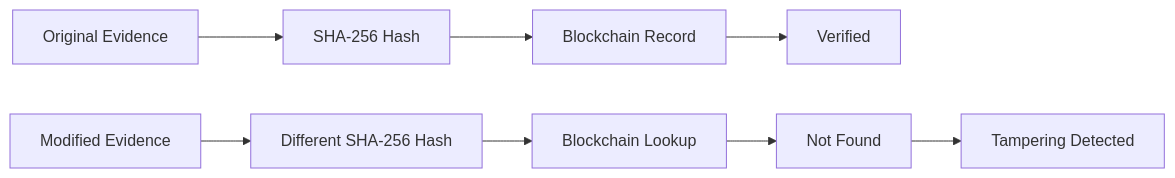
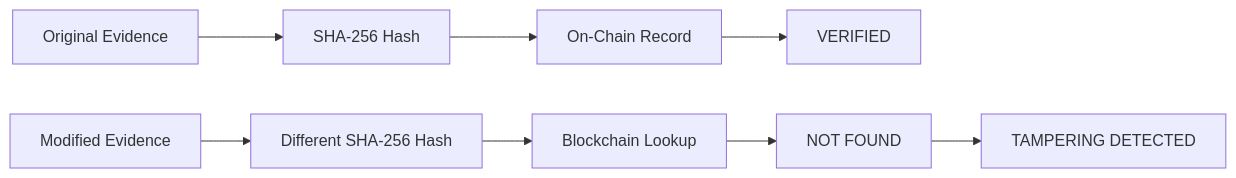
The third of 3 diagrams in README.md (mohdasif-v1/hh-goa2026-task-03), drawn with Mermaid before and after one commit. The commit also changed other lines of this file, not shown here.

Commit message:
docs: polish README architecture diagrams

````diff
--- a/README.md
+++ b/README.md
@@ -92,11 +131,11 @@
 ```mermaid
 flowchart LR
-    A[Original Evidence] --> B[SHA-256 Hash]
-    B --> C[Blockchain Record]
-    C --> D[Verified]
+    A["Original Evidence"] --> B["SHA-256 Hash"]
+    B --> C["On-Chain Record"]
+    C --> D["VERIFIED"]
 
-    E[Modified Evidence] --> F[Different SHA-256 Hash]
-    F --> G[Blockchain Lookup]
-    G --> H[Not Found]
-    H --> I[Tampering Detected]
+    E["Modified Evidence"] --> F["Different SHA-256 Hash"]
+    F --> G["Blockchain Lookup"]
+    G --> H["NOT FOUND"]
+    H --> I["TAMPERING DETECTED"]
 ```
````
